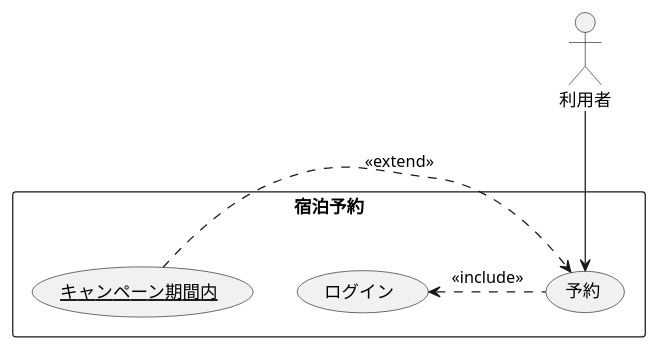
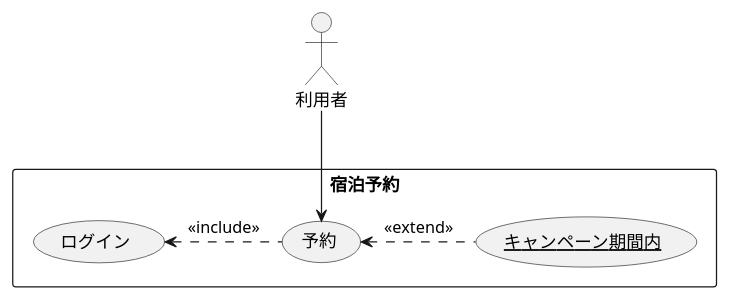
Before and after one commit to aikurusii/uml_introduction: the diagram in 演習2-4_キャンペーン中のホテル宿泊予約.pu, drawn with PlantUML. The commit also changed 1 other file, not shown here.

```diff
--- a/演習2-4_キャンペーン中のホテル宿泊予約.pu
+++ b/演習2-4_キャンペーン中のホテル宿泊予約.pu
@@ -1,11 +1,11 @@
 @startuml 宿泊予約
 rectangle 宿泊予約{
     usecase ログイン
     usecase 予約
     usecase (<u>キャンペーン期間内</u>) as input
 }
 
+予約<.input :<<extend>>
 ログイン<.予約 :<<include>>
-input.>(予約) :<<extend>>
 利用者-->予約
 @enduml
```
